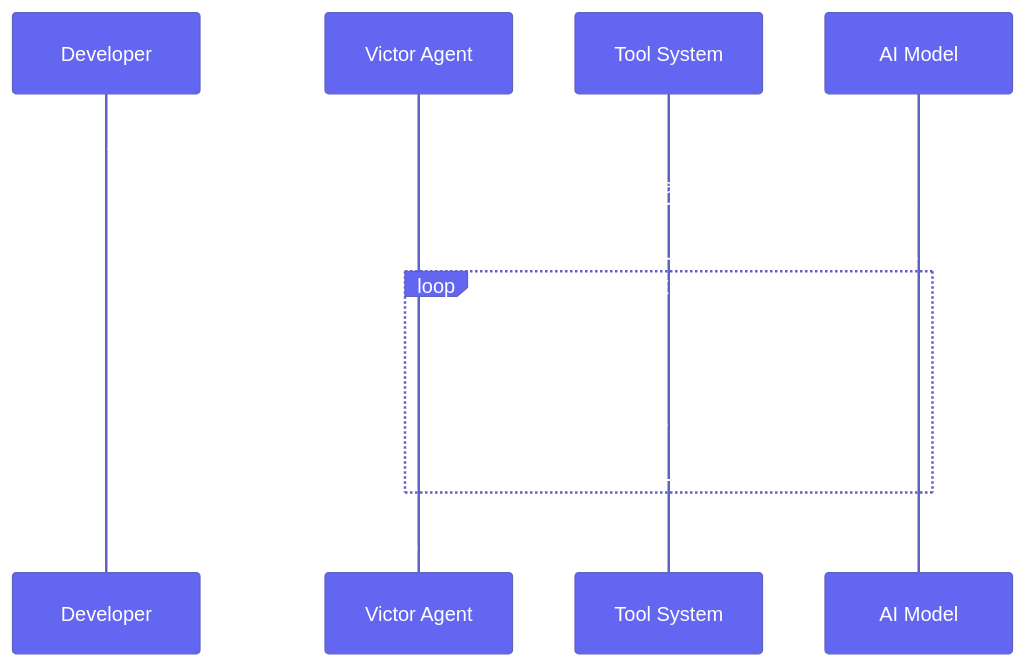
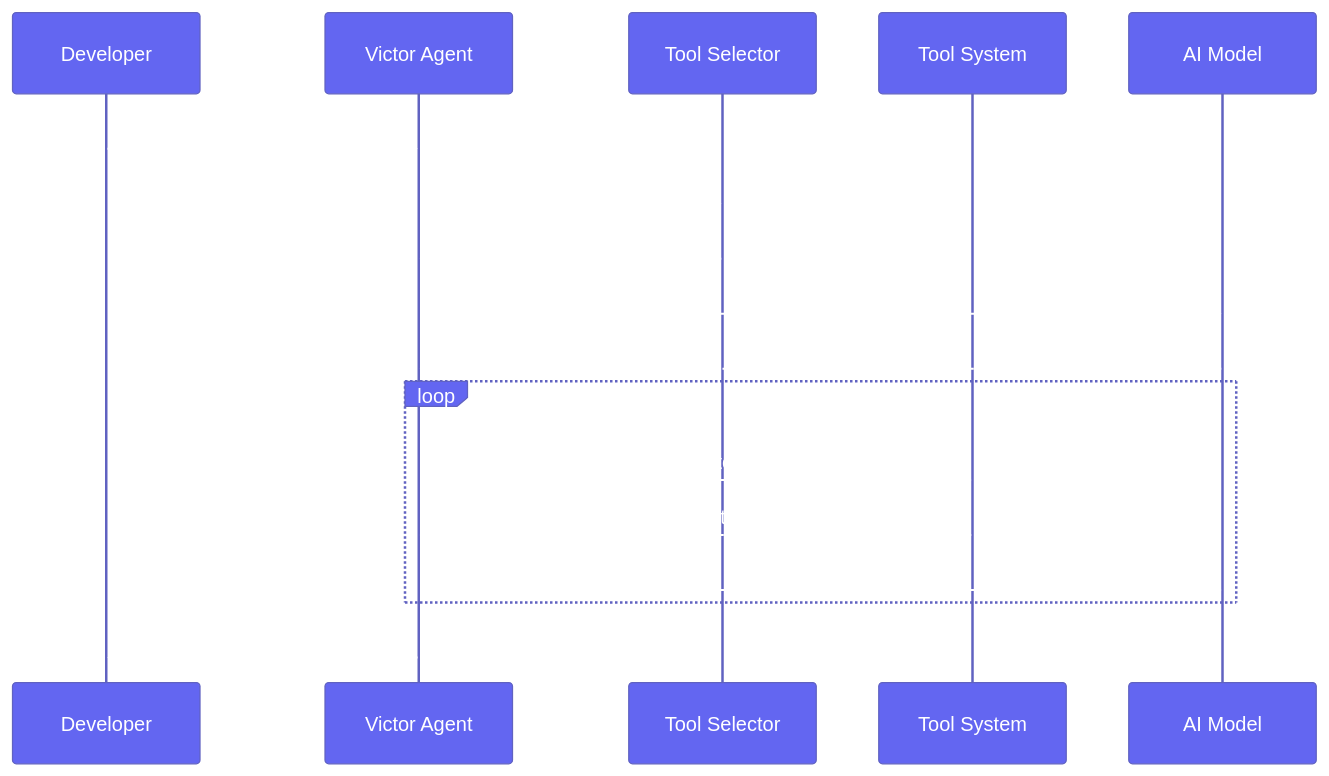
One commit to vjsingh1984/victor changed the fifth of 6 diagrams in README.md. Above: the diagram before and after it, drawn with Mermaid. The commit also changed other lines of this file and 3 other files, not shown here.

````diff
--- a/README.md
+++ b/README.md
@@ -228,20 +325,23 @@
 ```mermaid
 %%{init: {'theme': 'base', 'themeVariables': { 'primaryColor': '#6366F1', 'primaryTextColor': '#fff'}}}%%
 sequenceDiagram
     participant User as Developer
     participant Victor as Victor Agent
+    participant Selector as Tool Selector
     participant Tools as Tool System
     participant LLM as AI Model
 
     User->>Victor: Natural language request
-    Victor->>LLM: Analyze + plan
+    Victor->>Selector: Select relevant tools
+    Selector-->>Victor: 10-15 tools (cost-aware)
+    Victor->>LLM: Request + tools
     LLM-->>Victor: Tool calls
 
     loop Execution
         Victor->>Tools: Execute tool
         Tools-->>Victor: Result
         Victor->>LLM: Update context
     end
 
     Victor-->>User: Completed result
 ```
````
